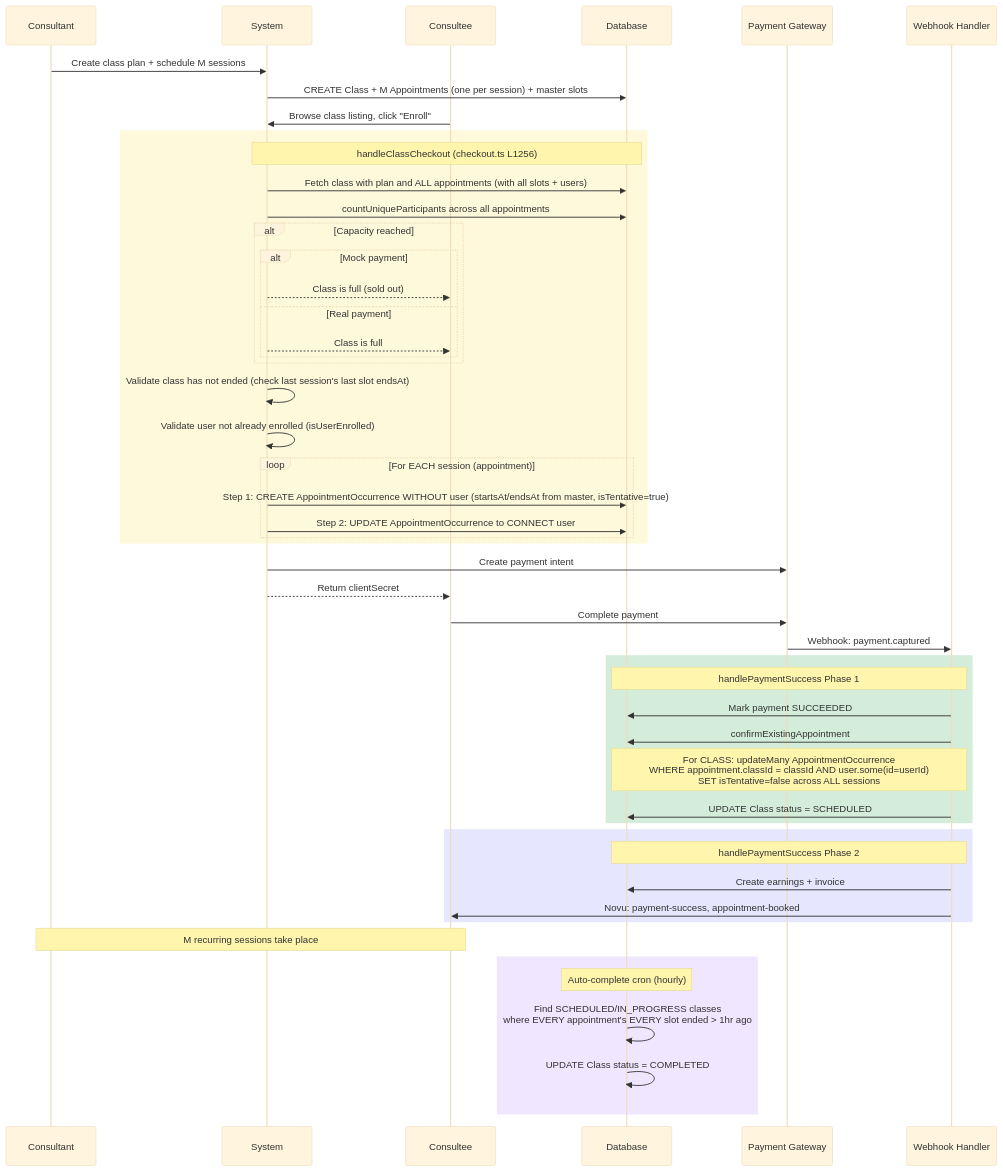
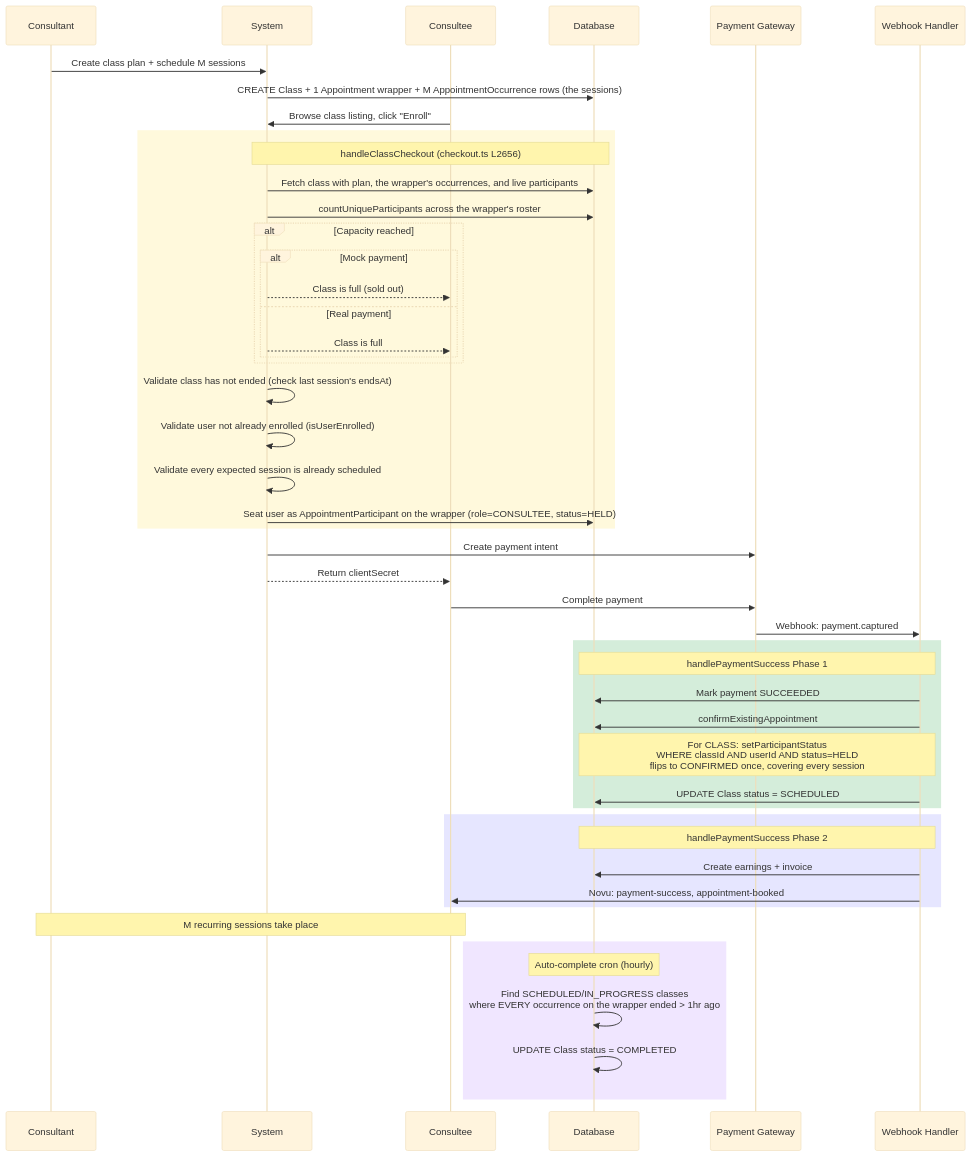
One commit to Practitionist/familiarise_web changed the seventh of 16 diagrams in docs/booking/06-booking-lifecycle.md. Above: the diagram before and after it, drawn with Mermaid (base theme). The commit also changed other lines of this file and 3 other files, not shown here.

Commit message:
docs(vocabulary): narrative rewrites for booking lifecycle/architecture and review scoring docs (#1554)

````diff
--- a/docs/booking/06-booking-lifecycle.md
+++ b/docs/booking/06-booking-lifecycle.md
@@ -523,63 +525,61 @@
 ```mermaid
 sequenceDiagram
     participant CT as Consultant
     participant SYS as System
     participant CE as Consultee
     participant DB as Database
     participant GW as Payment Gateway
     participant WH as Webhook Handler
 
     CT->>SYS: Create class plan + schedule M sessions
-    SYS->>DB: CREATE Class + M Appointments (one per session) + master slots
+    SYS->>DB: CREATE Class + 1 Appointment wrapper + M AppointmentOccurrence rows (the sessions)
 
     CE->>SYS: Browse class listing, click "Enroll"
 
     rect rgb(255, 249, 220)
-        Note over SYS,DB: handleClassCheckout (checkout.ts L1256)
-        SYS->>DB: Fetch class with plan and ALL appointments (with all slots + users)
-        SYS->>DB: countUniqueParticipants across all appointments
+        Note over SYS,DB: handleClassCheckout (checkout.ts L2656)
+        SYS->>DB: Fetch class with plan, the wrapper's occurrences, and live participants
+        SYS->>DB: countUniqueParticipants across the wrapper's roster
 
         alt Capacity reached
             alt Mock payment
                 SYS-->>CE: Class is full (sold out)
             else Real payment
                 SYS-->>CE: Class is full
             end
         end
 
-        SYS->>SYS: Validate class has not ended (check last session's last slot endsAt)
+        SYS->>SYS: Validate class has not ended (check last session's endsAt)
         SYS->>SYS: Validate user not already enrolled (isUserEnrolled)
+        SYS->>SYS: Validate every expected session is already scheduled
 
-        loop For EACH session (appointment)
-            SYS->>DB: Step 1: CREATE AppointmentOccurrence WITHOUT user (startsAt/endsAt from master, isTentative=true)
-            SYS->>DB: Step 2: UPDATE AppointmentOccurrence to CONNECT user
-        end
+        SYS->>DB: Seat user as AppointmentParticipant on the wrapper (role=CONSULTEE, status=HELD)
     end
 
     SYS->>GW: Create payment intent
     SYS-->>CE: Return clientSecret
     CE->>GW: Complete payment
     GW->>WH: Webhook: payment.captured
 
     rect rgb(212, 237, 218)
         Note over WH,DB: handlePaymentSuccess Phase 1
         WH->>DB: Mark payment SUCCEEDED
         WH->>DB: confirmExistingAppointment
-        Note over WH,DB: For CLASS: updateMany AppointmentOccurrence<br/>WHERE appointment.classId = classId AND user.some(id=userId)<br/>SET isTentative=false across ALL sessions
+        Note over WH,DB: For CLASS: setParticipantStatus<br/>WHERE classId AND userId AND status=HELD<br/>flips to CONFIRMED once, covering every session
         WH->>DB: UPDATE Class status = SCHEDULED
     end
 
     rect rgb(230, 230, 255)
         Note over WH,DB: handlePaymentSuccess Phase 2
         WH->>DB: Create earnings + invoice
         WH->>CE: Novu: payment-success, appointment-booked
     end
 
     Note over CT,CE: M recurring sessions take place
 
     rect rgb(240, 230, 255)
         Note over DB: Auto-complete cron (hourly)
-        DB->>DB: Find SCHEDULED/IN_PROGRESS classes<br/>where EVERY appointment's EVERY slot ended > 1hr ago
+        DB->>DB: Find SCHEDULED/IN_PROGRESS classes<br/>where EVERY occurrence on the wrapper ended > 1hr ago
         DB->>DB: UPDATE Class status = COMPLETED
     end
 ```
````
